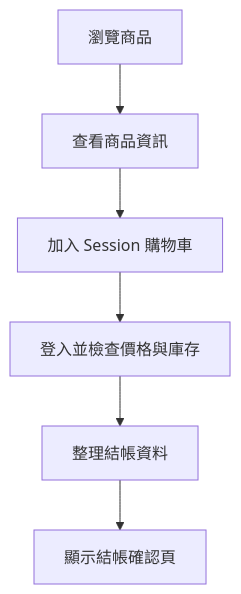
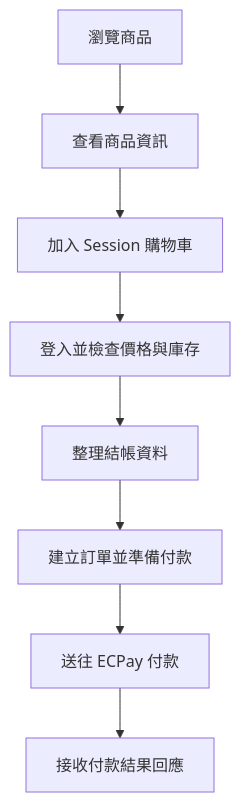
Before and after one commit to highhao/flask-ecommerce: the diagram in README.md, drawn with Mermaid. The commit also changed other lines of this file, not shown here.

````diff
--- a/README.md
+++ b/README.md
@@ -7,8 +7,10 @@
 ```mermaid
 flowchart TB
     A[瀏覽商品] --> B[查看商品資訊]
     B --> C[加入 Session 購物車]
     C --> D[登入並檢查價格與庫存]
     D --> E[整理結帳資料]
-    E --> F[顯示結帳確認頁]
+    E --> F[建立訂單並準備付款]
+    F --> G[送往 ECPay 付款]
+    G --> H[接收付款結果回應]
 ```
````
